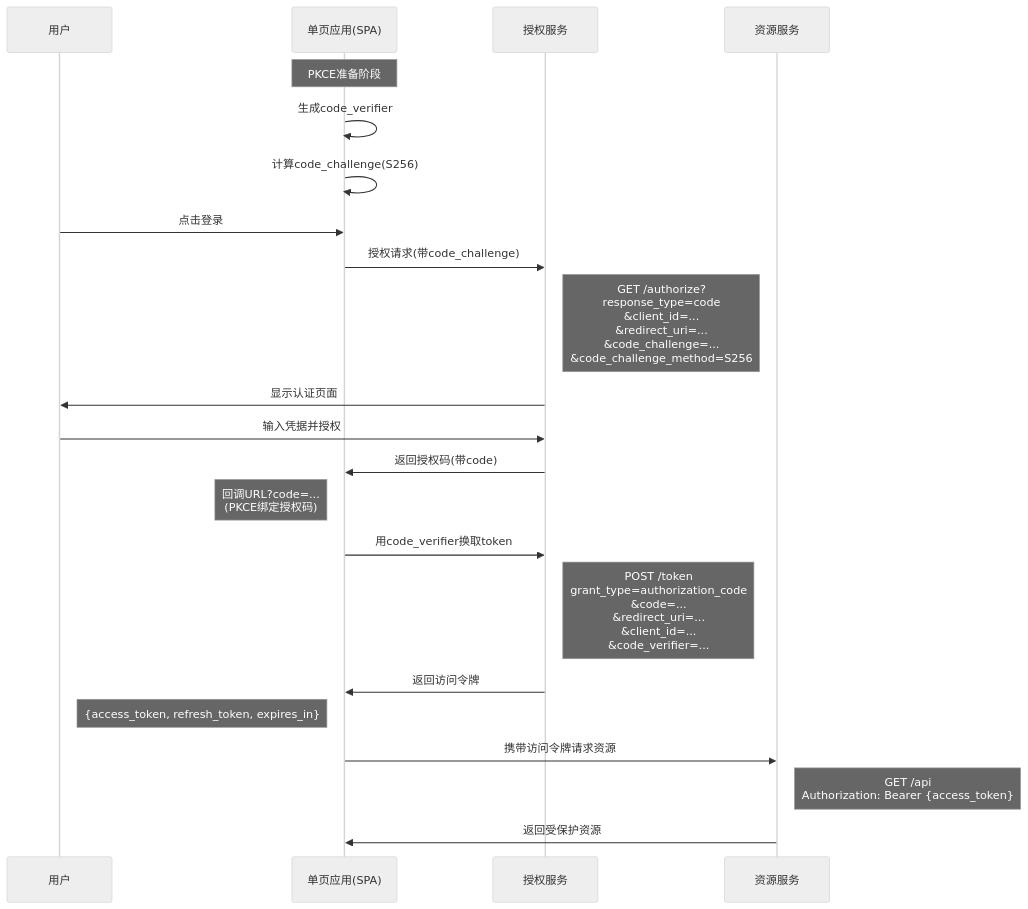
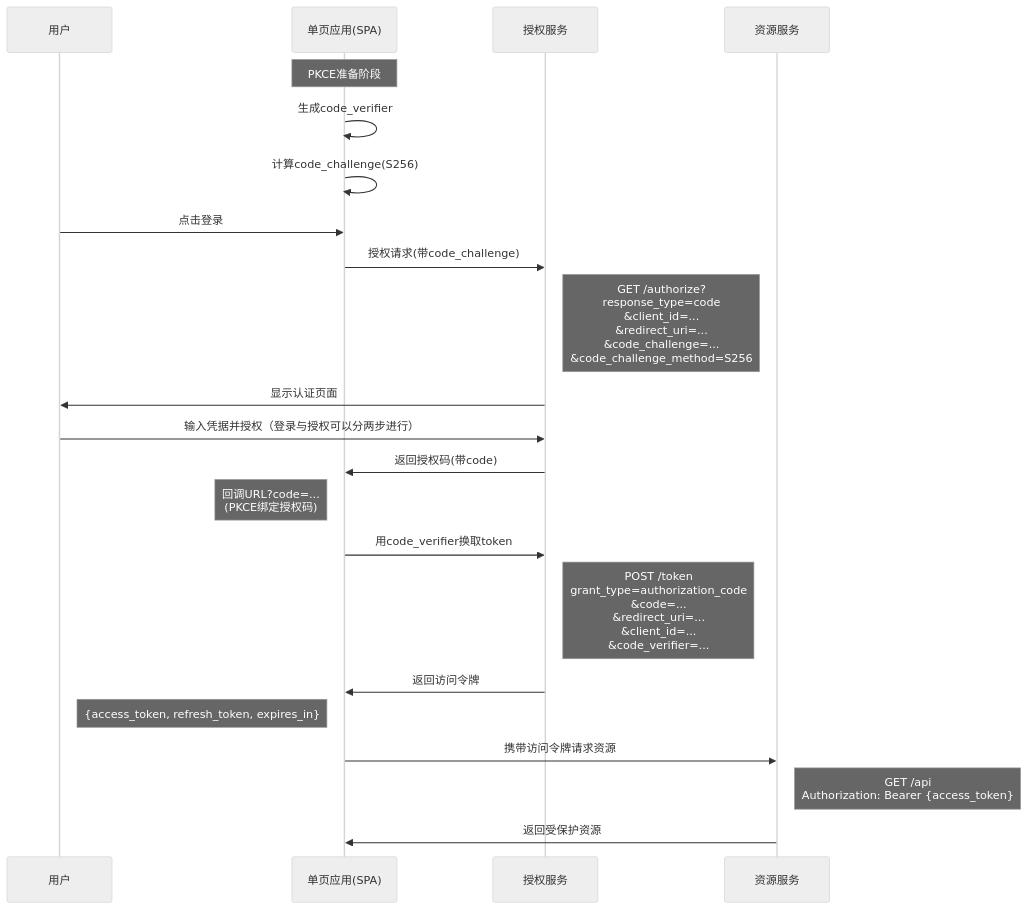
Before and after one commit to xunbu/notes: the eighth of 9 diagrams in 互联网认证授权机制/互联网认证授权机制.md, drawn with Mermaid (neutral theme). The commit also changed other lines of this file, not shown here.

````diff
--- a/互联网认证授权机制/互联网认证授权机制.md
+++ b/互联网认证授权机制/互联网认证授权机制.md
@@ -207,31 +232,31 @@
 ```mermaid
 sequenceDiagram
     participant User as 用户
     participant SPA as 单页应用(SPA)
     participant AuthService as 授权服务
     participant ResourceService as 资源服务
 
     Note over SPA: PKCE准备阶段
     SPA->>SPA: 生成code_verifier
     SPA->>SPA: 计算code_challenge(S256)
     
     User->>SPA: 点击登录
     SPA->>AuthService: 授权请求(带code_challenge)
     Note right of AuthService: GET /authorize?<br>response_type=code<br>&client_id=...<br>&redirect_uri=...<br>&code_challenge=...<br>&code_challenge_method=S256
     
     AuthService->>User: 显示认证页面
-    User->>AuthService: 输入凭据并授权
+    User->>AuthService: 输入凭据并授权（登录与授权可以分两步进行）
     AuthService->>SPA: 返回授权码(带code)
     Note left of SPA: 回调URL?code=...<br>(PKCE绑定授权码)
     
     SPA->>AuthService: 用code_verifier换取token
     Note right of AuthService: POST /token<br>grant_type=authorization_code<br>&code=...<br>&redirect_uri=...<br>&client_id=...<br>&code_verifier=...
     
     AuthService->>SPA: 返回访问令牌
     Note left of SPA: {access_token, refresh_token, expires_in}
     
     SPA->>ResourceService: 携带访问令牌请求资源
     Note right of ResourceService: GET /api<br>Authorization: Bearer {access_token}
     
     ResourceService->>SPA: 返回受保护资源
 ```  
````
